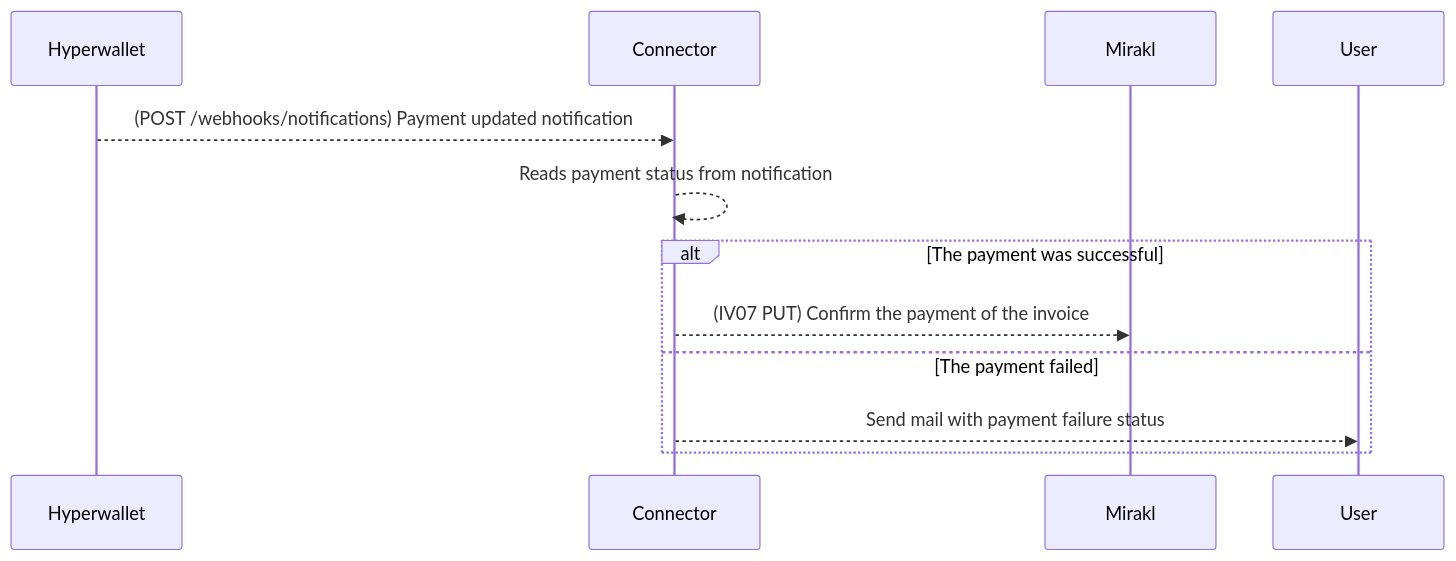
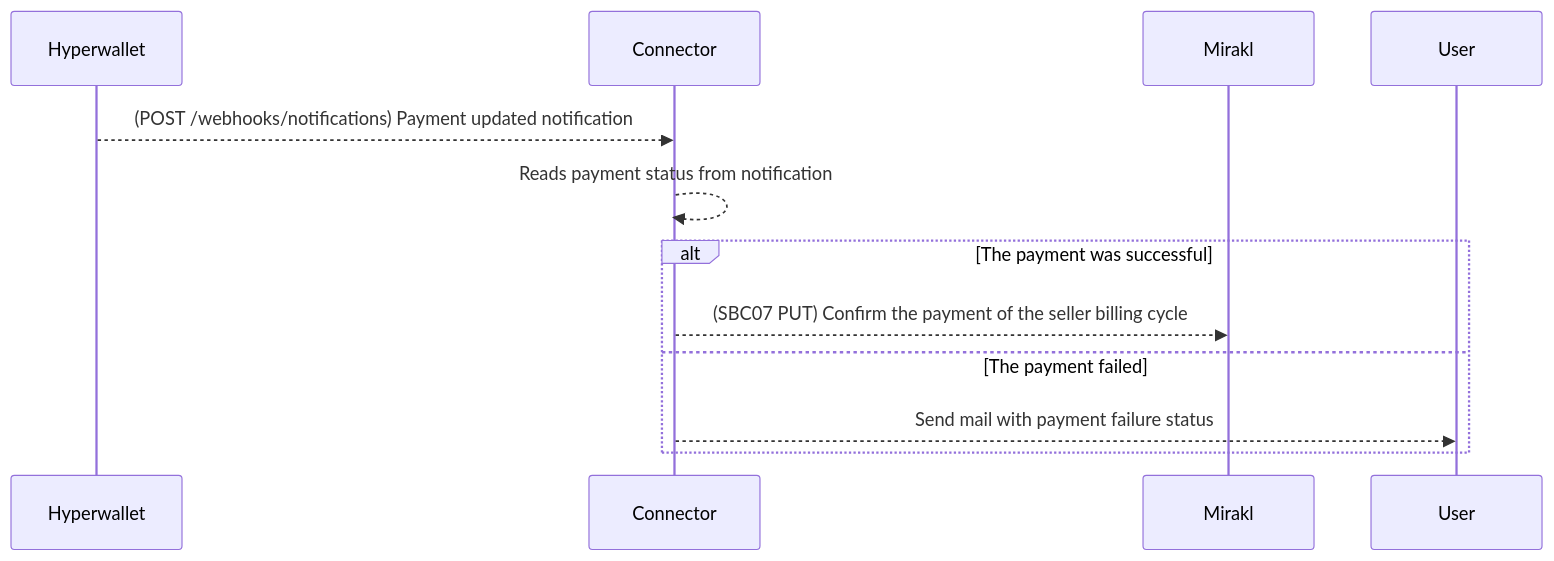
Before and after one commit to paypal/mirakl-hyperwallet-connector: the diagram in docs/content/modules/payout/pages/paymentstatus/payout-paymentstatus-overview.adoc, drawn with Mermaid. The commit also changed 603 other files, not shown here.

```diff
--- a/docs/content/modules/payout/pages/paymentstatus/payout-paymentstatus-overview.adoc
+++ b/docs/content/modules/payout/pages/paymentstatus/payout-paymentstatus-overview.adoc
@@ -14,11 +14,11 @@
 [mermaid,paymentstatus-process,png]
 ....
 sequenceDiagram
     Hyperwallet -->> Connector: (POST /webhooks/notifications) Payment updated notification
     Connector -->> Connector: Reads payment status from notification
     alt The payment was successful
-        Connector -->> Mirakl: (IV07 PUT) Confirm the payment of the invoice
+        Connector -->> Mirakl: (SBC07 PUT) Confirm the payment of the seller billing cycle
     else The payment failed
         Connector -->> User: Send mail with payment failure status
     end
 ....
```
